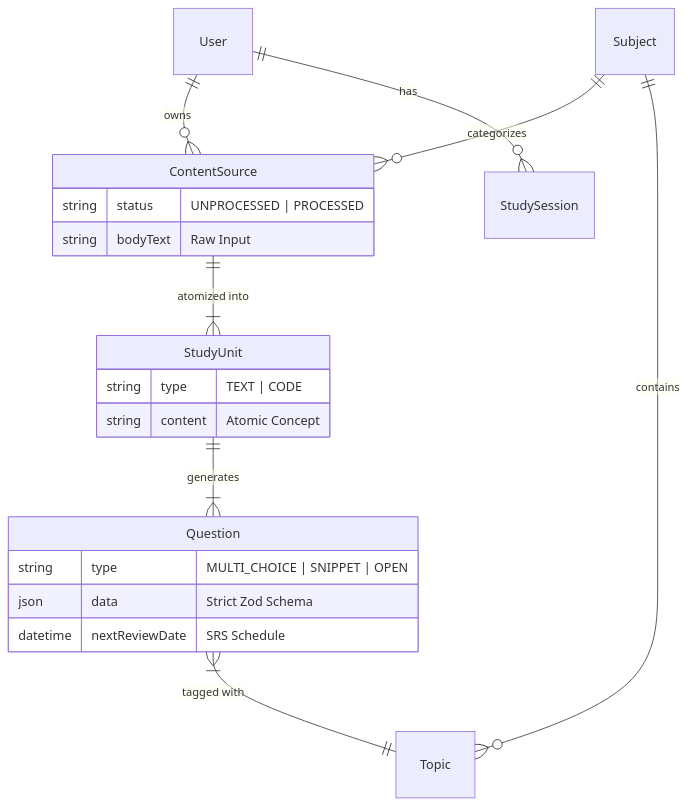
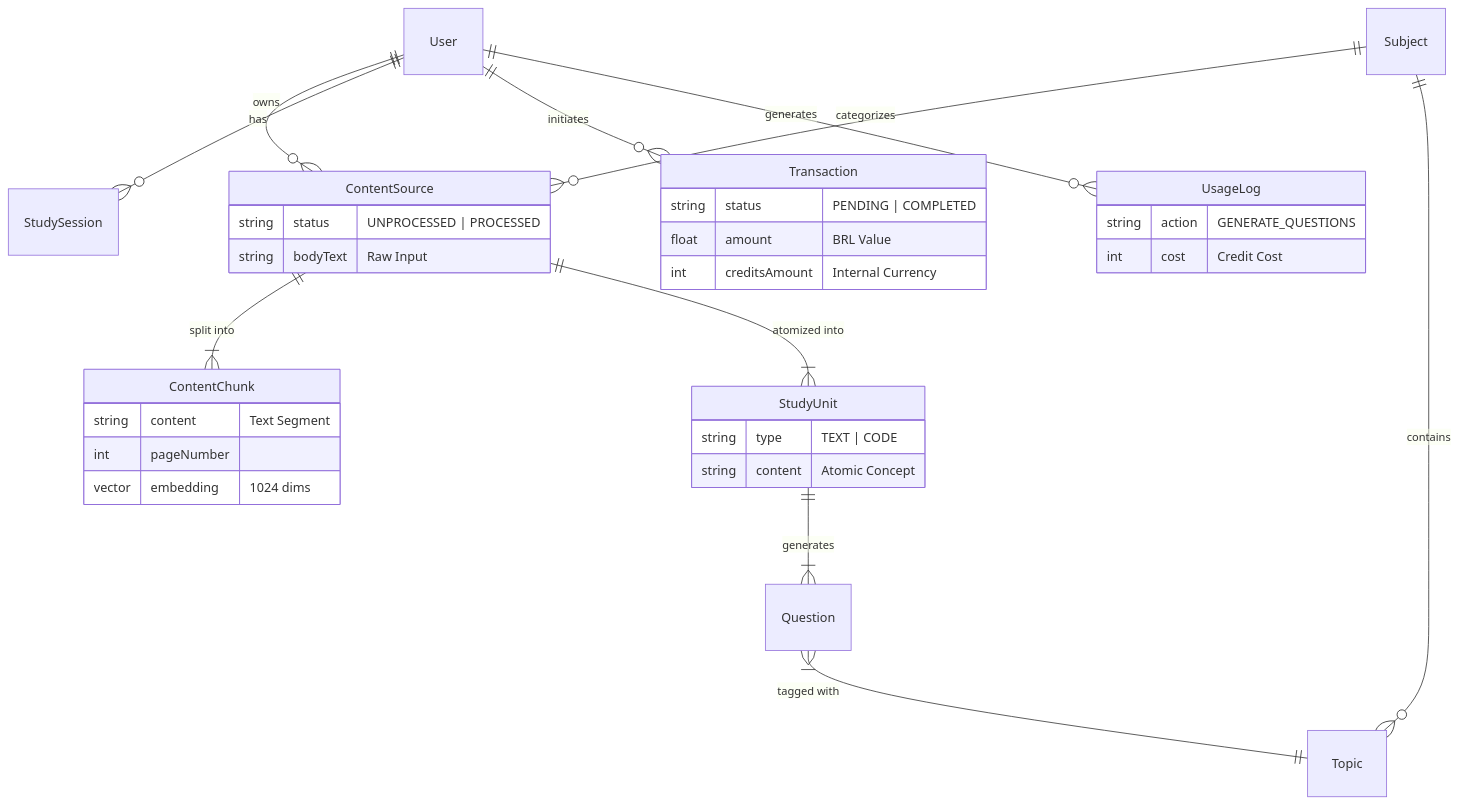
The third of 3 diagrams in docs/ARCHITECTURE.md (HenryXV/study-platform), drawn with Mermaid before and after one commit. The commit also changed other lines of this file and 7 other files, not shown here.

````diff
--- a/docs/ARCHITECTURE.md
+++ b/docs/ARCHITECTURE.md
@@ -114,29 +157,43 @@
 ```mermaid
 erDiagram
     User ||--o{ ContentSource : owns
     User ||--o{ StudySession : has
-    
+    User ||--o{ Transaction : initiates
+    User ||--o{ UsageLog : generates
+
     Subject ||--o{ ContentSource : categorizes
     Subject ||--o{ Topic : contains
-    
+
+    ContentSource ||--|{ ContentChunk : "split into"
     ContentSource ||--|{ StudyUnit : "atomized into"
     StudyUnit ||--|{ Question : "generates"
-    
+
     Question }|--|| Topic : "tagged with"
-    
+
     ContentSource {
         string status "UNPROCESSED | PROCESSED"
         string bodyText "Raw Input"
     }
-    
+
+    ContentChunk {
+        string content "Text Segment"
+        int pageNumber
+        vector embedding "1024 dims"
+    }
+
     StudyUnit {
         string type "TEXT | CODE"
         string content "Atomic Concept"
     }
-    
-    Question {
-        string type "MULTI_CHOICE | SNIPPET | OPEN"
-        json data "Strict Zod Schema"
-        datetime nextReviewDate "SRS Schedule"
+
+    Transaction {
+        string status "PENDING | COMPLETED"
+        float amount "BRL Value"
+        int creditsAmount "Internal Currency"
+    }
+
+    UsageLog {
+        string action "GENERATE_QUESTIONS"
+        int cost "Credit Cost"
     }
 ```
````
